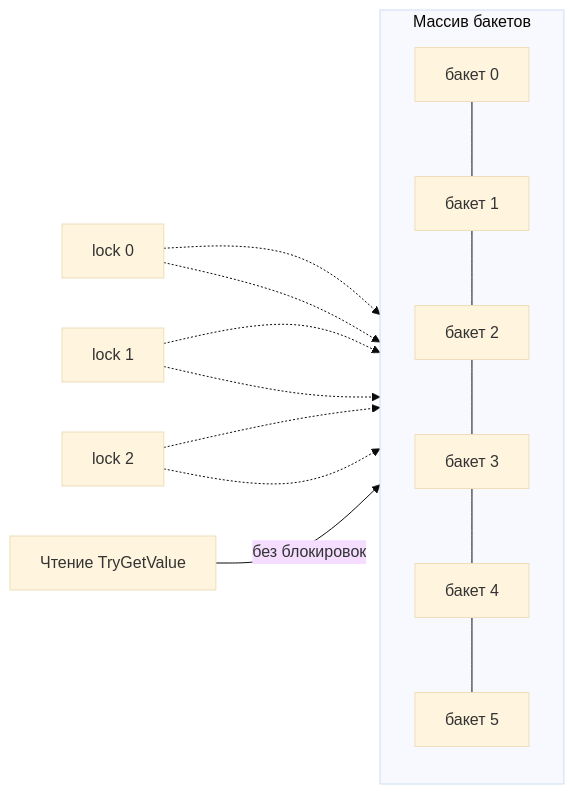
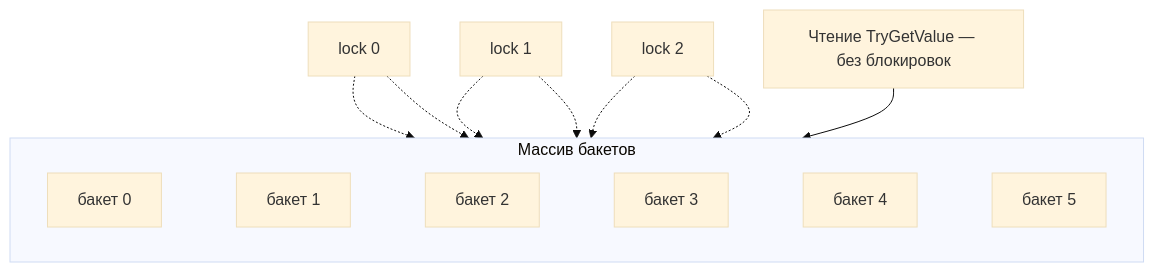
Before and after one commit to sh-sharifjonov/DotnetQuestionsForMiddle: the second of 3 diagrams in content/01-csharp-dotnet/23-concurrent-collections.md, drawn with Mermaid (base theme). The commit also changed other lines of this file and 51 other files, not shown here.

First line of the commit message:
Improve diagram layouts, warn about over-wide diagrams

````diff
--- a/content/01-csharp-dotnet/23-concurrent-collections.md
+++ b/content/01-csharp-dotnet/23-concurrent-collections.md
@@ -38,14 +35,17 @@
 ```mermaid Сегментированные блокировки (lock striping)
-flowchart LR
+flowchart TB
+    L0["lock 0"]:::accent
+    L1["lock 1"]:::accent
+    L2["lock 2"]:::accent
     subgraph Buckets["Массив бакетов"]
-        direction TB
-        B0["бакет 0"] --- B1["бакет 1"] --- B2["бакет 2"] --- B3["бакет 3"] --- B4["бакет 4"] --- B5["бакет 5"]
+        direction LR
+        B0["бакет 0"] ~~~ B1["бакет 1"] ~~~ B2["бакет 2"] ~~~ B3["бакет 3"] ~~~ B4["бакет 4"] ~~~ B5["бакет 5"]
     end
-    L0["lock 0"]:::accent -.-> B0
+    L0 -.-> B0
     L0 -.-> B3
-    L1["lock 1"]:::accent -.-> B1
+    L1 -.-> B1
     L1 -.-> B4
-    L2["lock 2"]:::accent -.-> B2
+    L2 -.-> B2
     L2 -.-> B5
-    R["Чтение TryGetValue"]:::good -- "без блокировок" --> Buckets
+    R["Чтение TryGetValue — без блокировок"]:::good --> Buckets
 ```
````
